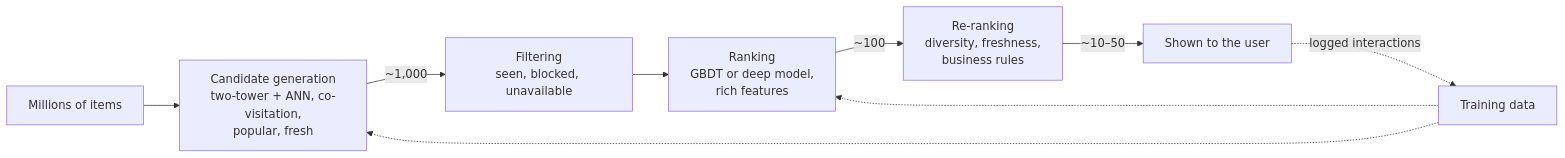
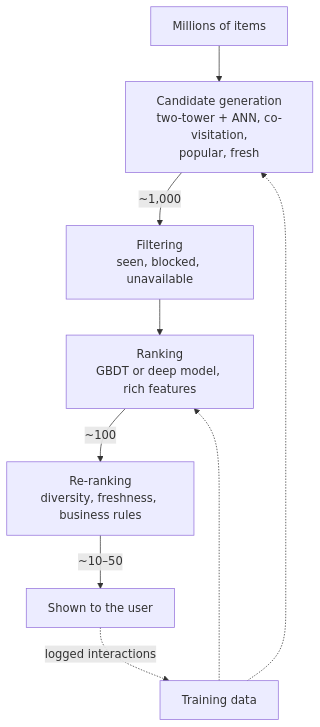
Before and after one commit to rajan-021/AI-ML: the diagram in docs/classical-ml/recommender-systems.md, drawn with Mermaid. The commit also changed 20 other files, not shown here.

First line of the commit message:
Make diagrams readable at the content width

````diff
--- a/docs/classical-ml/recommender-systems.md
+++ b/docs/classical-ml/recommender-systems.md
@@ -73,11 +73,11 @@
 ```mermaid
-flowchart LR
+flowchart TB
     A["Millions of items"] --> B["Candidate generation<br/>two-tower + ANN, co-visitation,<br/>popular, fresh"]
     B -->|"~1,000"| C["Filtering<br/>seen, blocked, unavailable"]
-    C --> D["Ranking<br/>GBDT or deep model,<br/>rich features"]
-    D -->|"~100"| E["Re-ranking<br/>diversity, freshness,<br/>business rules"]
+    C --> D["Ranking<br/>GBDT or deep model, rich features"]
+    D -->|"~100"| E["Re-ranking<br/>diversity, freshness, business rules"]
     E -->|"~10–50"| F["Shown to the user"]
     F -.->|"logged interactions"| G["Training data"]
     G -.-> B
     G -.-> D
 ```
````
